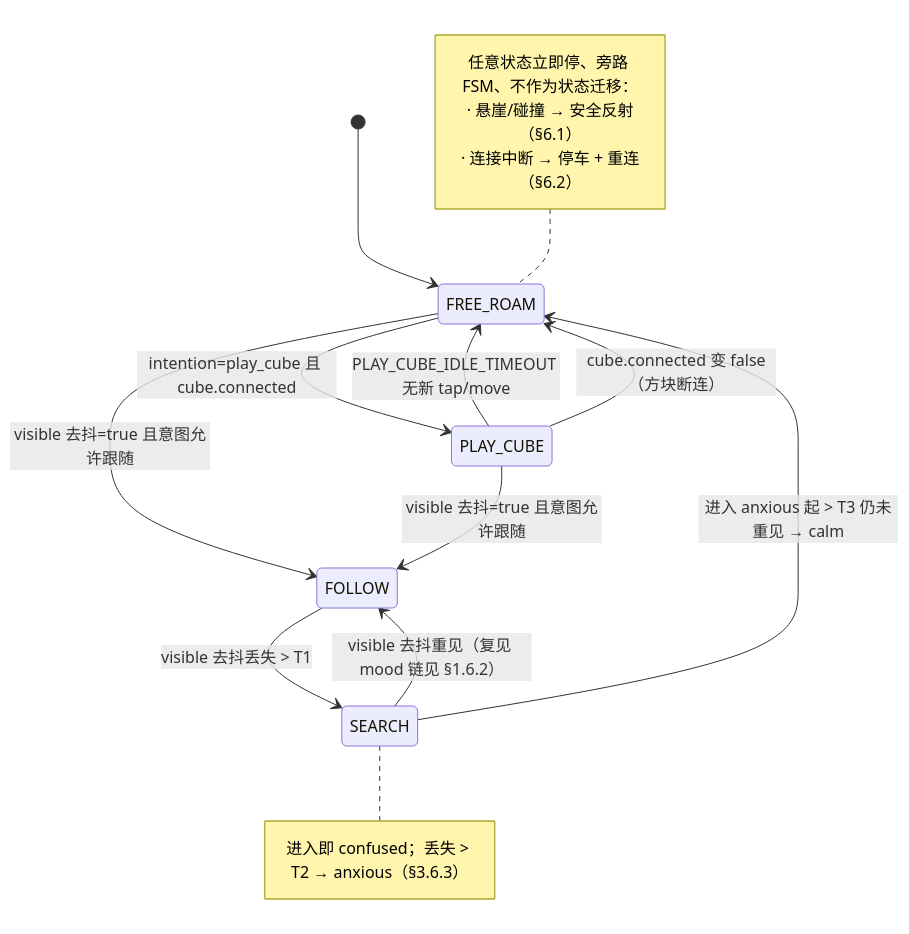
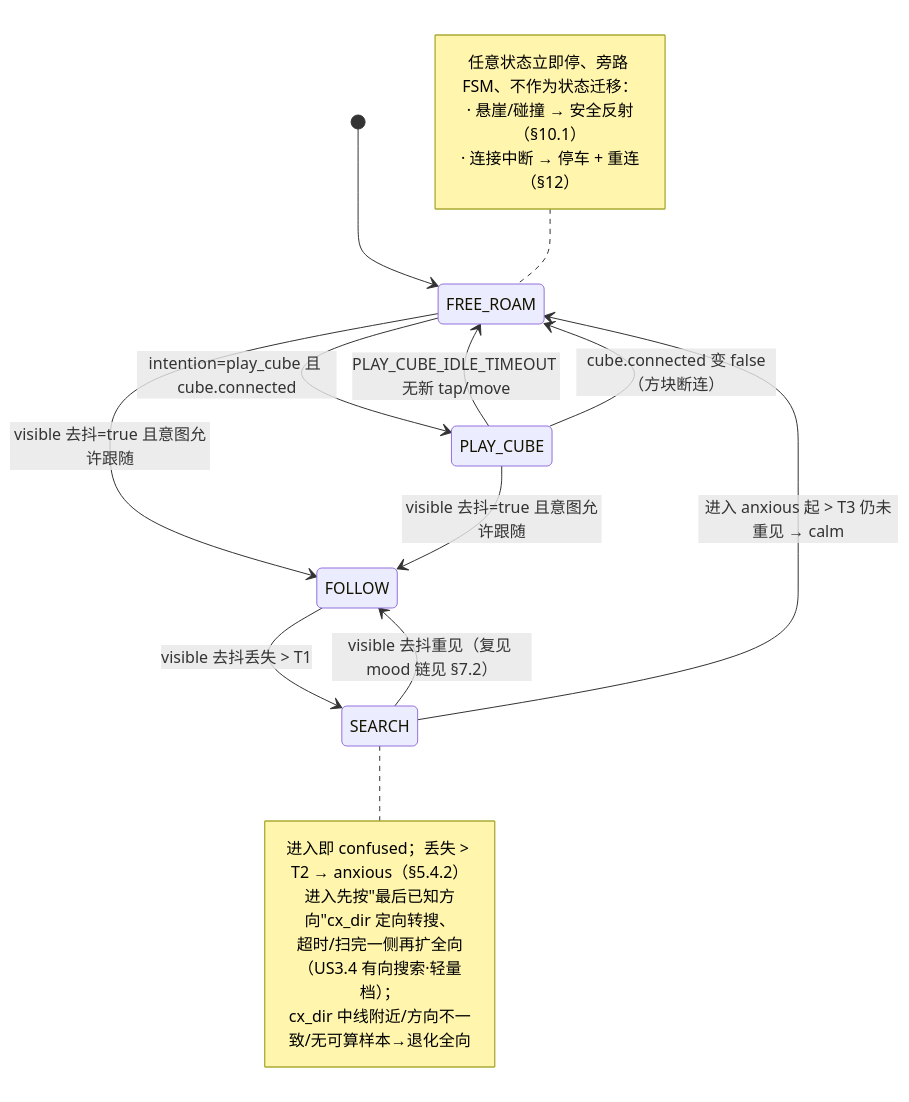
The sixth of 12 diagrams in docs/requirements/follow-me/follow-me-fds.md (keeploading/super-baby), drawn with Mermaid before and after one commit. The commit also changed other lines of this file and 3 other files, not shown here.

````diff
--- a/docs/requirements/follow-me/follow-me-fds.md
+++ b/docs/requirements/follow-me/follow-me-fds.md
@@ -289,25 +550,28 @@
 ```mermaid
 stateDiagram-v2
     [*] --> FREE_ROAM
 
     FREE_ROAM --> PLAY_CUBE : intention=play_cube 且 cube.connected
     FREE_ROAM --> FOLLOW : visible 去抖=true 且意图允许跟随
 
     PLAY_CUBE --> FREE_ROAM : PLAY_CUBE_IDLE_TIMEOUT 无新 tap/move
     PLAY_CUBE --> FREE_ROAM : cube.connected 变 false（方块断连）
     PLAY_CUBE --> FOLLOW : visible 去抖=true 且意图允许跟随
 
     FOLLOW --> SEARCH : visible 去抖丢失 > T1
 
-    SEARCH --> FOLLOW : visible 去抖重见（复见 mood 链见 §1.6.2）
+    SEARCH --> FOLLOW : visible 去抖重见（复见 mood 链见 §7.2）
     SEARCH --> FREE_ROAM : 进入 anxious 起 > T3 仍未重见 → calm
 
     note right of SEARCH
-        进入即 confused；丢失 > T2 → anxious（§3.6.3）
+        进入即 confused；丢失 > T2 → anxious（§5.4.2）
+        进入先按"最后已知方向"cx_dir 定向转搜、
+        超时/扫完一侧再扩全向（US3.4 有向搜索·轻量档）；
+        cx_dir 中线附近/方向不一致/无可算样本→退化全向
     end note
     note left of FREE_ROAM
         任意状态立即停、旁路 FSM、不作为状态迁移：
-        · 悬崖/碰撞 → 安全反射（§6.1）
-        · 连接中断 → 停车 + 重连（§6.2）
+        · 悬崖/碰撞 → 安全反射（§10.1）
+        · 连接中断 → 停车 + 重连（§12）
     end note
 ```
````
